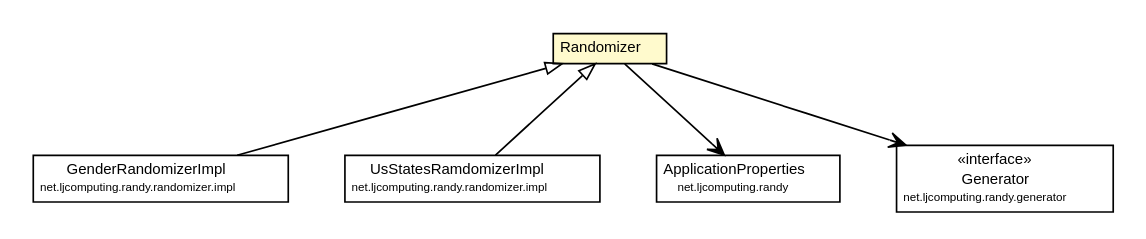
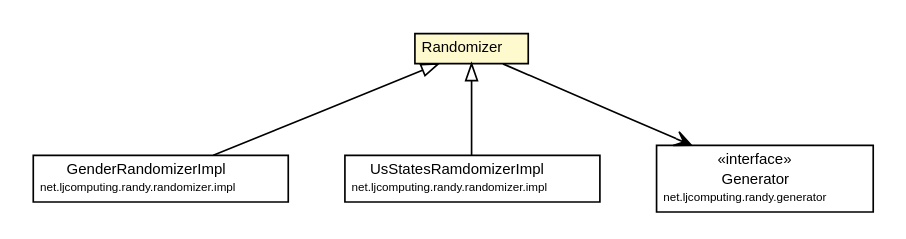
The diagram in docs/javadoc/apidocs/net/ljcomputing/randy/randomizer/Randomizer.dot (willmorejg/net.ljcomputing.randy), drawn with Graphviz before and after one commit. The commit also changed 106 other files, not shown here.

```diff
--- a/docs/javadoc/apidocs/net/ljcomputing/randy/randomizer/Randomizer.dot
+++ b/docs/javadoc/apidocs/net/ljcomputing/randy/randomizer/Randomizer.dot
@@ -1,55 +1,46 @@
 #!/usr/local/bin/dot
 #
 # Class diagram 
 # Generated by UMLGraph version R5_6 (http://www.umlgraph.org/)
 #
 
 digraph G {
 	edge [fontname="Helvetica",fontsize=10,labelfontname="Helvetica",labelfontsize=10];
 	node [fontname="Helvetica",fontsize=10,shape=plaintext];
 	nodesep=0.25;
 	ranksep=0.5;
 	// net.ljcomputing.randy.randomizer.Randomizer
 	c666 [label=<<table title="net.ljcomputing.randy.randomizer.Randomizer" border="0" cellborder="1" cellspacing="0" cellpadding="2" port="p" bgcolor="lemonChiffon" href="./Randomizer.html">
 		<tr><td><table border="0" cellspacing="0" cellpadding="1">
 <tr><td align="center" balign="center"> Randomizer </td></tr>
 		</table></td></tr>
 		</table>>, URL="./Randomizer.html", fontname="Helvetica", fontcolor="black", fontsize=9.0];
 	// net.ljcomputing.randy.randomizer.impl.GenderRandomizerImpl
 	c668 [label=<<table title="net.ljcomputing.randy.randomizer.impl.GenderRandomizerImpl" border="0" cellborder="1" cellspacing="0" cellpadding="2" port="p" href="./impl/GenderRandomizerImpl.html">
 		<tr><td><table border="0" cellspacing="0" cellpadding="1">
 <tr><td align="center" balign="center"> GenderRandomizerImpl </td></tr>
 <tr><td align="center" balign="center"><font point-size="7.0"> net.ljcomputing.randy.randomizer.impl </font></td></tr>
 		</table></td></tr>
 		</table>>, URL="./impl/GenderRandomizerImpl.html", fontname="Helvetica", fontcolor="black", fontsize=9.0];
 	// net.ljcomputing.randy.randomizer.impl.UsStatesRamdomizerImpl
 	c669 [label=<<table title="net.ljcomputing.randy.randomizer.impl.UsStatesRamdomizerImpl" border="0" cellborder="1" cellspacing="0" cellpadding="2" port="p" href="./impl/UsStatesRamdomizerImpl.html">
 		<tr><td><table border="0" cellspacing="0" cellpadding="1">
 <tr><td align="center" balign="center"> UsStatesRamdomizerImpl </td></tr>
 <tr><td align="center" balign="center"><font point-size="7.0"> net.ljcomputing.randy.randomizer.impl </font></td></tr>
 		</table></td></tr>
 		</table>>, URL="./impl/UsStatesRamdomizerImpl.html", fontname="Helvetica", fontcolor="black", fontsize=9.0];
-	// net.ljcomputing.randy.ApplicationProperties
-	c671 [label=<<table title="net.ljcomputing.randy.ApplicationProperties" border="0" cellborder="1" cellspacing="0" cellpadding="2" port="p" href="../ApplicationProperties.html">
-		<tr><td><table border="0" cellspacing="0" cellpadding="1">
-<tr><td align="center" balign="center"> ApplicationProperties </td></tr>
-<tr><td align="center" balign="center"><font point-size="7.0"> net.ljcomputing.randy </font></td></tr>
-		</table></td></tr>
-		</table>>, URL="../ApplicationProperties.html", fontname="Helvetica", fontcolor="black", fontsize=9.0];
 	// net.ljcomputing.randy.generator.Generator
 	c674 [label=<<table title="net.ljcomputing.randy.generator.Generator" border="0" cellborder="1" cellspacing="0" cellpadding="2" port="p" href="../generator/Generator.html">
 		<tr><td><table border="0" cellspacing="0" cellpadding="1">
 <tr><td align="center" balign="center"> &#171;interface&#187; </td></tr>
 <tr><td align="center" balign="center"> Generator </td></tr>
 <tr><td align="center" balign="center"><font point-size="7.0"> net.ljcomputing.randy.generator </font></td></tr>
 		</table></td></tr>
 		</table>>, URL="../generator/Generator.html", fontname="Helvetica", fontcolor="black", fontsize=9.0];
 	//net.ljcomputing.randy.randomizer.impl.GenderRandomizerImpl extends net.ljcomputing.randy.randomizer.Randomizer
 	c666:p -> c668:p [dir=back,arrowtail=empty];
 	//net.ljcomputing.randy.randomizer.impl.UsStatesRamdomizerImpl extends net.ljcomputing.randy.randomizer.Randomizer
 	c666:p -> c669:p [dir=back,arrowtail=empty];
-	// net.ljcomputing.randy.randomizer.Randomizer NAVASSOC net.ljcomputing.randy.ApplicationProperties
-	c666:p -> c671:p [taillabel="", label="", headlabel="", fontname="Helvetica", fontcolor="black", fontsize=10.0, color="black", arrowhead=open];
 	// net.ljcomputing.randy.randomizer.Randomizer NAVASSOC net.ljcomputing.randy.generator.Generator
 	c666:p -> c674:p [taillabel="", label="", headlabel="", fontname="Helvetica", fontcolor="black", fontsize=10.0, color="black", arrowhead=open];
 }
```
